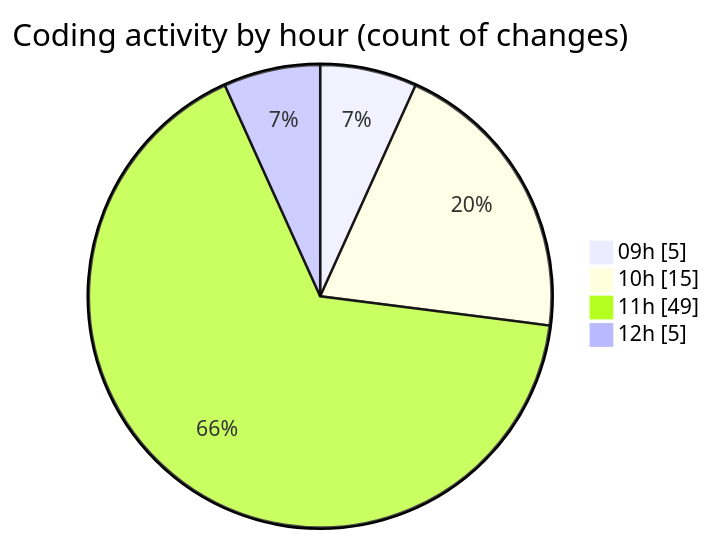
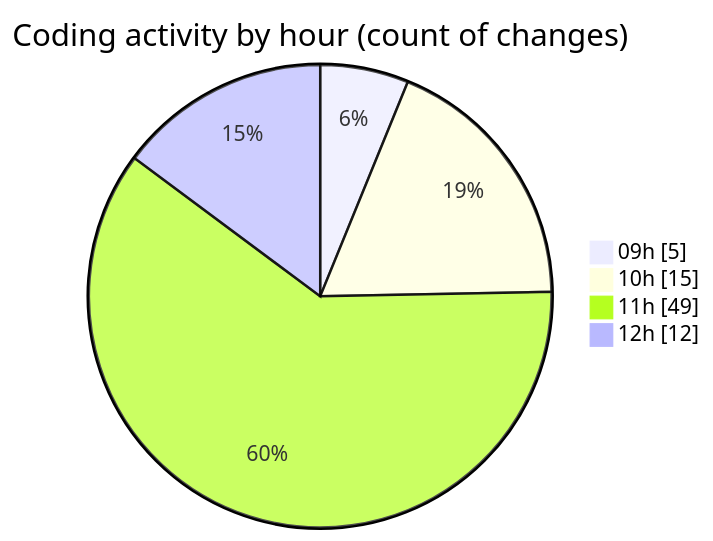
Before and after one commit to CELIANVF/code-tracking: the second of 2 diagrams in 2025-06-13/ecodeli-1/README.md, drawn with Mermaid. The commit also changed other lines of this file and 1 other file, not shown here.

````diff
--- a/2025-06-13/ecodeli-1/README.md
+++ b/2025-06-13/ecodeli-1/README.md
@@ -47,8 +47,8 @@
 ```mermaid
 pie showData
 title Coding activity by hour (count of changes)
 "09h" : 5
 "10h" : 15
 "11h" : 49
-"12h" : 5
+"12h" : 12
 ```
````
